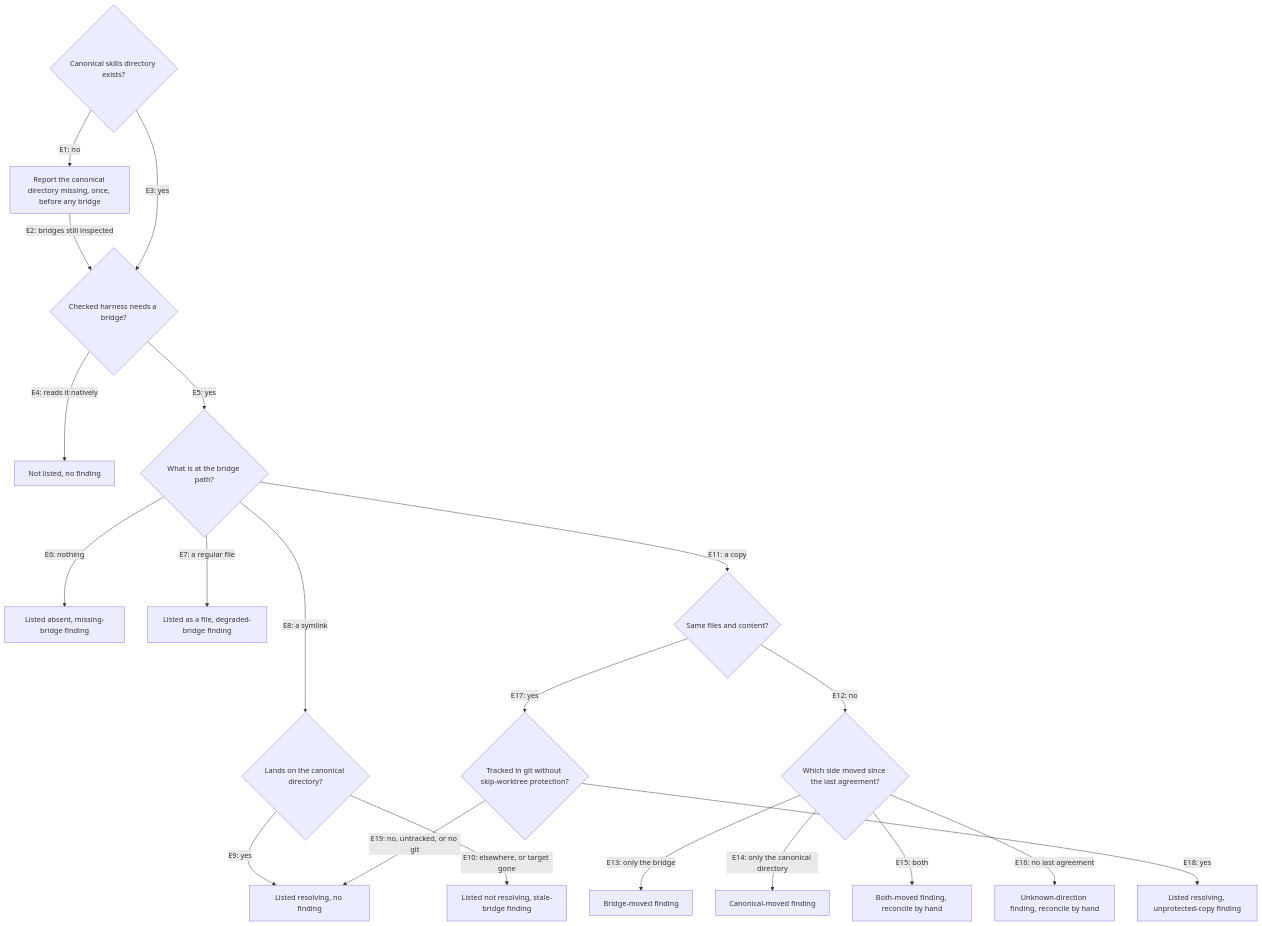
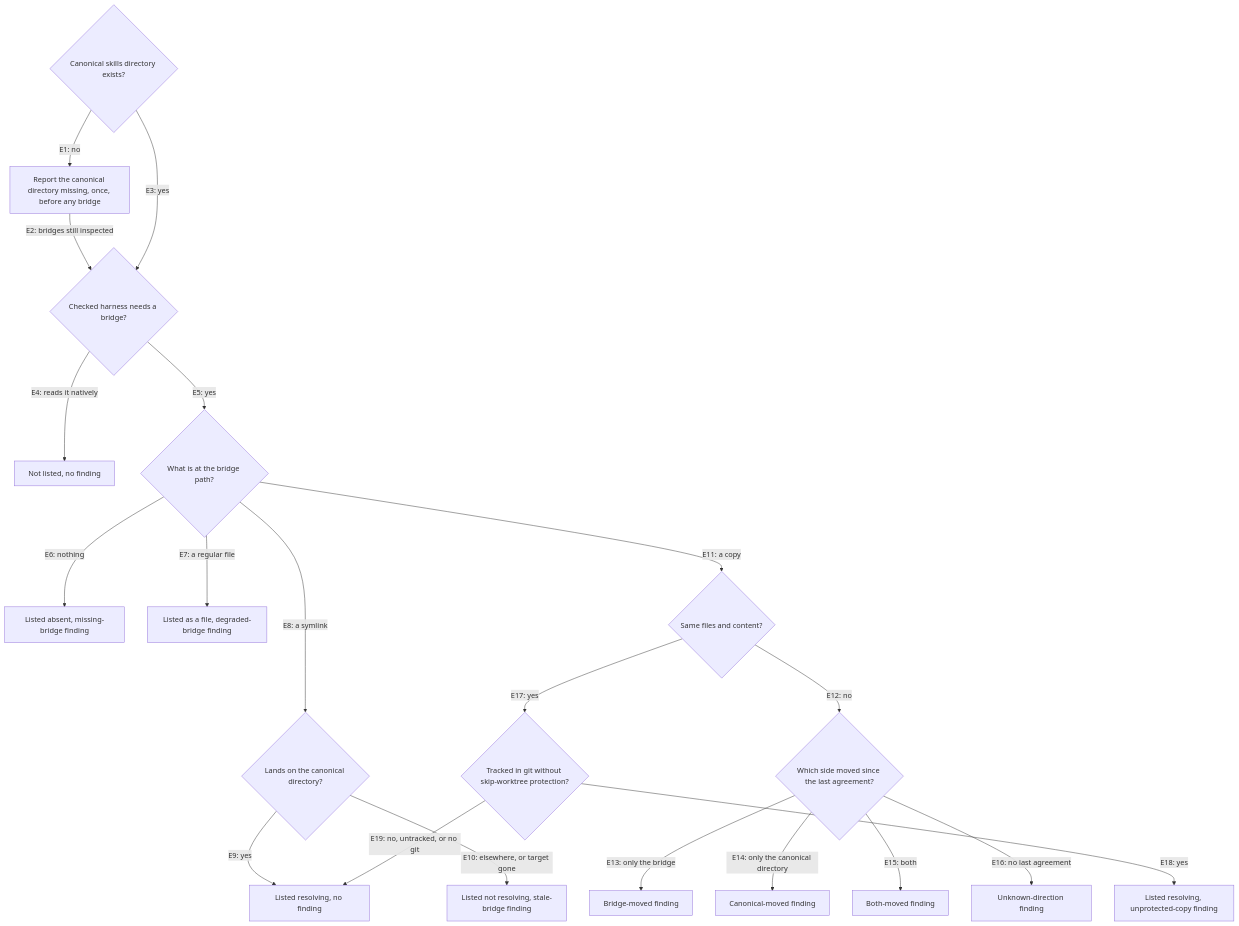
The diagram in packages/buddy-agent-harness/.agents/spec/bridge-resolution/graph.md (repobuddy/buddy-agent-harness), drawn with Mermaid before and after one commit. The commit also changed 7 other files, not shown here.

````diff
--- a/packages/buddy-agent-harness/.agents/spec/bridge-resolution/graph.md
+++ b/packages/buddy-agent-harness/.agents/spec/bridge-resolution/graph.md
@@ -6,23 +6,23 @@
 ```mermaid
 flowchart TD
   D1{Canonical skills directory exists?}
   D1 -->|E1: no| O1[Report the canonical directory missing, once, before any bridge]
   O1 -->|E2: bridges still inspected| D2
   D1 -->|E3: yes| D2{Checked harness needs a bridge?}
   D2 -->|E4: reads it natively| O2[Not listed, no finding]
   D2 -->|E5: yes| D3{What is at the bridge path?}
   D3 -->|E6: nothing| O3[Listed absent, missing-bridge finding]
   D3 -->|E7: a regular file| O4[Listed as a file, degraded-bridge finding]
   D3 -->|E8: a symlink| D4{Lands on the canonical directory?}
   D4 -->|E9: yes| OK[Listed resolving, no finding]
   D4 -->|E10: elsewhere, or target gone| O5[Listed not resolving, stale-bridge finding]
   D3 -->|E11: a copy| D5{Same files and content?}
   D5 -->|E12: no| D6{Which side moved since the last agreement?}
   D6 -->|E13: only the bridge| O6[Bridge-moved finding]
   D6 -->|E14: only the canonical directory| O7[Canonical-moved finding]
-  D6 -->|E15: both| O8[Both-moved finding, reconcile by hand]
-  D6 -->|E16: no last agreement| O9[Unknown-direction finding, reconcile by hand]
+  D6 -->|E15: both| O8[Both-moved finding]
+  D6 -->|E16: no last agreement| O9[Unknown-direction finding]
   D5 -->|E17: yes| D7{Tracked in git without skip-worktree protection?}
   D7 -->|E18: yes| O10[Listed resolving, unprotected-copy finding]
   D7 -->|E19: no, untracked, or no git| OK
 ```
````
